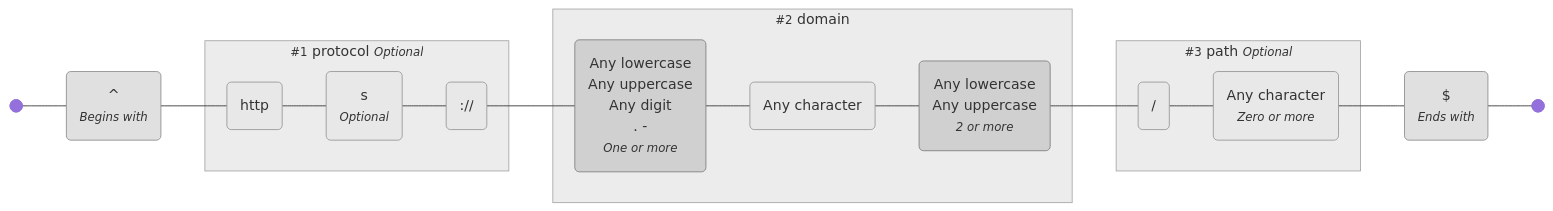
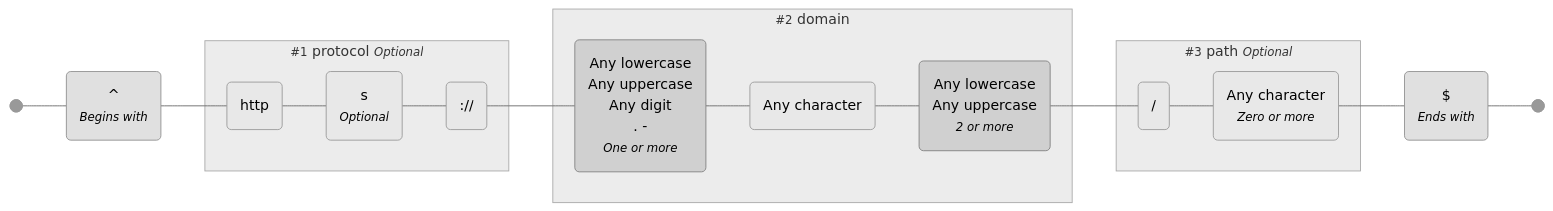
The second of 5 diagrams in THEMES.md (tayles/regex-to-mermaid), drawn with Mermaid before and after one commit. The commit also changed other lines of this file and 18 other files, not shown here.

````diff
--- a/THEMES.md
+++ b/THEMES.md
@@ -97,63 +96,67 @@
 ```mermaid
-%% Regex: ^(?<protocol>https?:\/\/)?(?<domain>[a-zA-Z0-9.-]+\.[a-zA-Z]{2,})(?<path>\/.*)?$
+---
+config:
+  theme: neutral
+---
 
 graph LR
+  accTitle: "Regex: ^(?<protocol>https?:\\/\\/)?(?<domain>[a-zA-Z0-9.-]+\\.[a-zA-Z]{2,})(?<path>\\/.*)?$"
+  accDescr: "Generated with regex-to-mermaid@1.0.3"
+
   %% Nodes
   start@{ shape: f-circ };
   fin@{ shape: f-circ };
   assertion_1("^<br><i><small>Begins with</small></i>"):::assertion;
   literal_1("http"):::literal;
   literal_2("s<br><i><small>Optional</small></i>"):::literal;
   literal_3("://"):::literal;
   char_class_1("Any lowercase<br>Any uppercase<br>Any digit<br>. -<br><i><small>One or more</small></i>"):::char-class;
   literal_4("Any character"):::literal;
   char_class_2("Any lowercase<br>Any uppercase<br><i><small>2 or more</small></i>"):::char-class;
   literal_5("/"):::literal;
   literal_6("Any character<br><i><small>Zero or more</small></i>"):::literal;
   assertion_2("$<br><i><small>Ends with</small></i>"):::assertion;
 
   %% Subgraphs
   subgraph named_capture_1 ["<small>#1</small> protocol <small><i>Optional</i></small>"]
     literal_1
     literal_2
     literal_3
   end
 
   subgraph named_capture_2 ["<small>#2</small> domain"]
     char_class_1
     literal_4
     char_class_2
   end
 
   subgraph named_capture_3 ["<small>#3</small> path <small><i>Optional</i></small>"]
     literal_5
     literal_6
   end
 
   %% Edges
   start --- assertion_1;
   assertion_1 --- literal_1;
   literal_1 --- literal_2;
   literal_2 --- literal_3;
   literal_3 --- char_class_1;
   char_class_1 --- literal_4;
   literal_4 --- char_class_2;
   char_class_2 --- literal_5;
   literal_5 --- literal_6;
   literal_6 --- assertion_2;
   assertion_2 --- fin;
 
   %% Styles
   %% Node Styling
   classDef assertion fill:#E0E0E0,stroke:#909090;
   classDef literal fill:#E8E8E8,stroke:#999999;
   classDef char-class fill:#D0D0D0,stroke:#808080;
 
   %% Group Styling
   classDef named-capture fill:#ECECEC,stroke:#A8A8A8;
 
   %% Apply Group Classes
   class named_capture_1,named_capture_2,named_capture_3 named-capture;
-
-%% Generated with regex-to-mermaid@1.0.0
 ```
````
